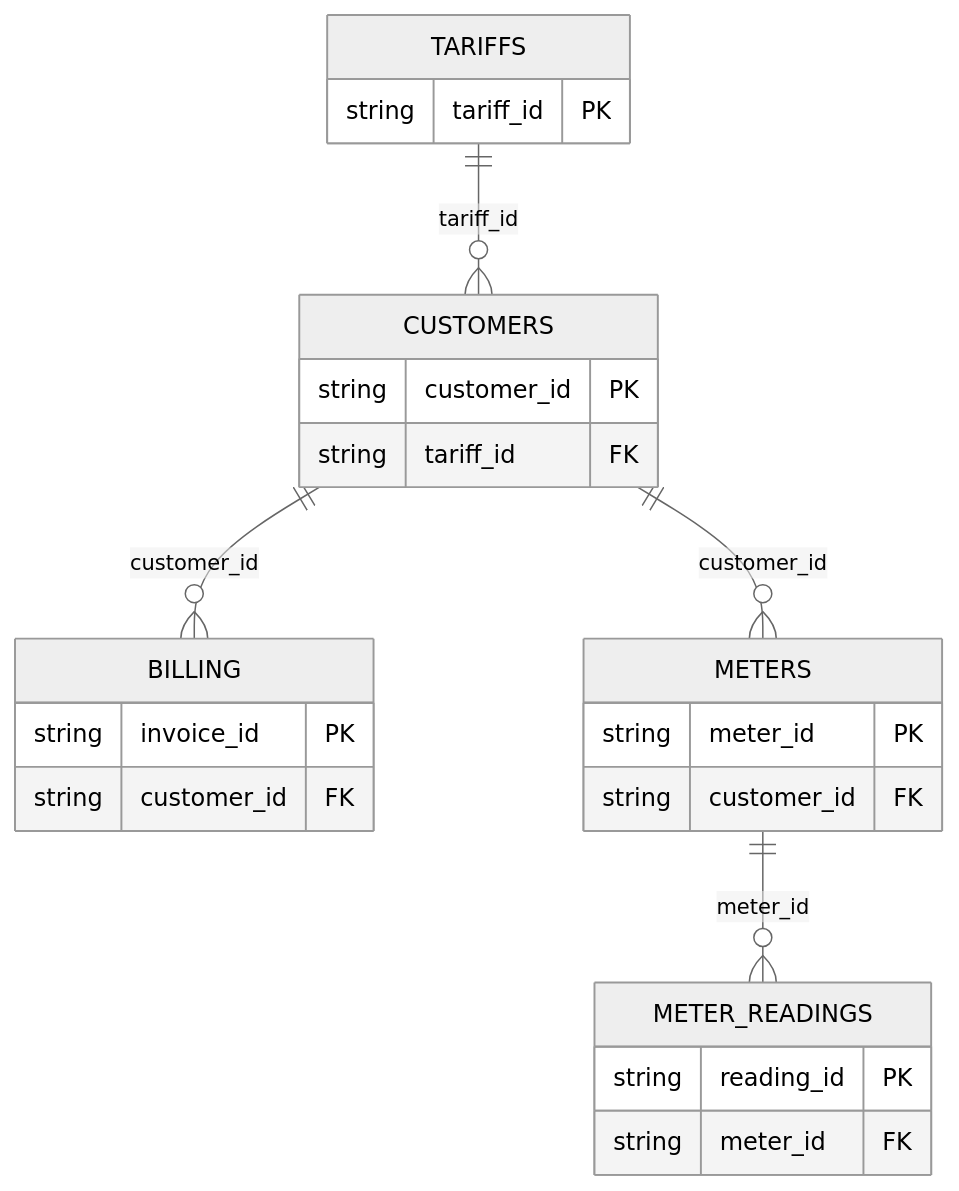
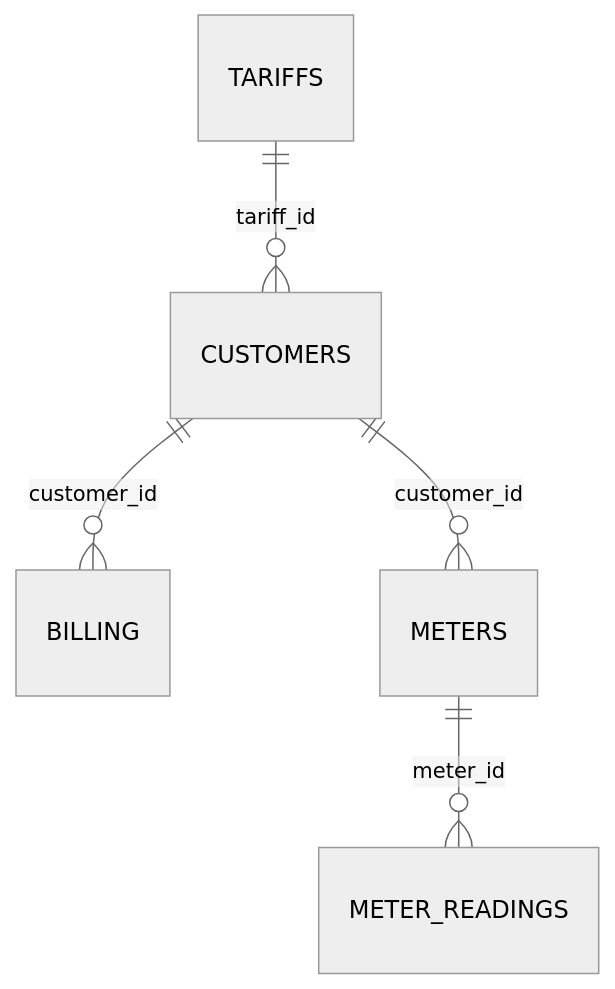
The second of 2 diagrams in README.md (ehsieh0715/microsoft-purview-data-governance), drawn with Mermaid (neutral theme) before and after one commit. The commit also changed other lines of this file, not shown here.

Commit message:
Refactor README for metadata-driven governance architecture

````diff
--- a/README.md
+++ b/README.md
@@ -83,31 +95,7 @@
 ```mermaid
 erDiagram
-    CUSTOMERS ||--o{ BILLING : "customer_id"
-    CUSTOMERS ||--o{ METERS : "customer_id"
-    TARIFFS ||--o{ CUSTOMERS : "tariff_id"
-    METERS ||--o{ METER_READINGS : "meter_id"
-
-    CUSTOMERS {
-        string customer_id PK
-        string tariff_id FK
-    }
-
-    BILLING {
-        string invoice_id PK
-        string customer_id FK
-    }
-
-    METERS {
-        string meter_id PK
-        string customer_id FK
-    }
-
-    METER_READINGS {
-        string reading_id PK
-        string meter_id FK
-    }
-
-    TARIFFS {
-        string tariff_id PK
-    }
+    CUSTOMERS ||--o{ BILLING : customer_id
+    CUSTOMERS ||--o{ METERS : customer_id
+    TARIFFS ||--o{ CUSTOMERS : tariff_id
+    METERS ||--o{ METER_READINGS : meter_id
 ```
````
